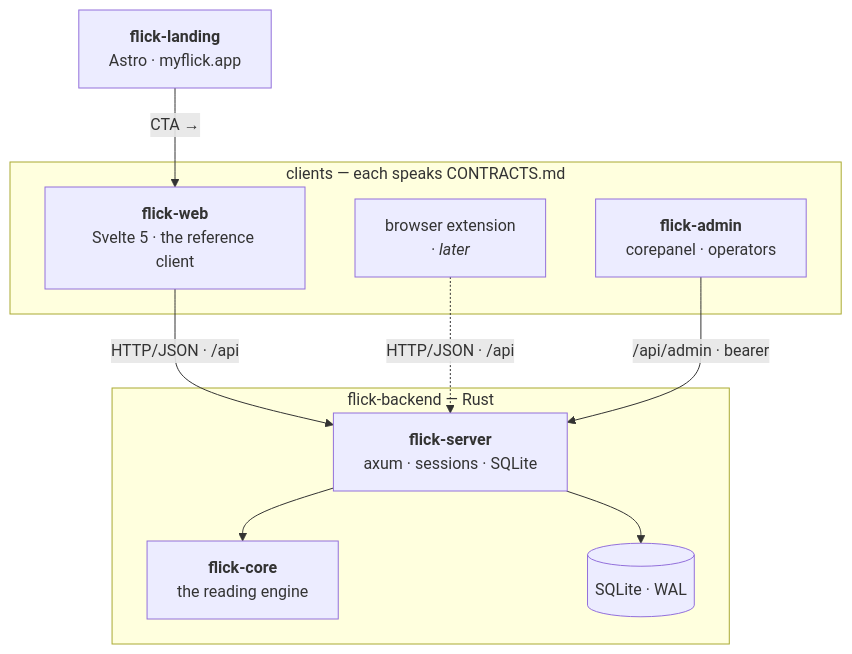
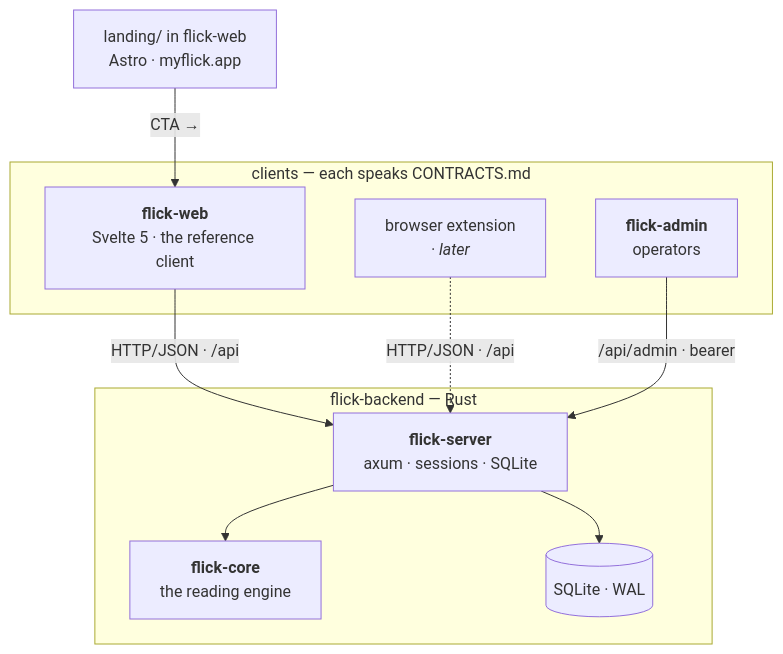
The diagram in README.md (one-more-refactor/flick), drawn with Mermaid before and after one commit. The commit also changed other lines of this file and 4 other files, not shown here.

First line of the commit message:
docs: flick-landing and corepanel merged into their consumers

````diff
--- a/README.md
+++ b/README.md
@@ -49,22 +49,22 @@
 ```mermaid
 flowchart TD
     subgraph clients["clients — each speaks CONTRACTS.md"]
         web["<b>flick-web</b><br/>Svelte 5 · the reference client"]
         ext["browser extension<br/><i>· later</i>"]
-        admin["<b>flick-admin</b><br/>corepanel · operators"]
+        admin["<b>flick-admin</b><br/>operators"]
     end
-    landing["<b>flick-landing</b><br/>Astro · myflick.app"]
+    landing["landing/ in flick-web<br/>Astro · myflick.app"]
 
     web -- "HTTP/JSON · /api" --> server
     ext -. "HTTP/JSON · /api" .-> server
     admin -- "/api/admin · bearer" --> server
     landing -- "CTA →" --> web
 
     subgraph backend["flick-backend — Rust"]
         server["<b>flick-server</b><br/>axum · sessions · SQLite"]
         core["<b>flick-core</b><br/>the reading engine"]
         db[("SQLite · WAL")]
         server --> core
         server --> db
     end
 ```
````
